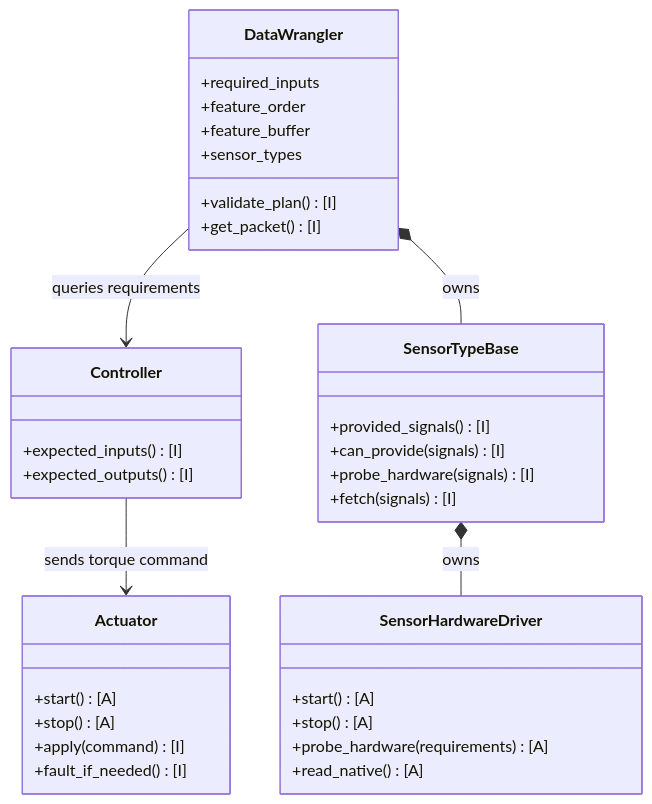
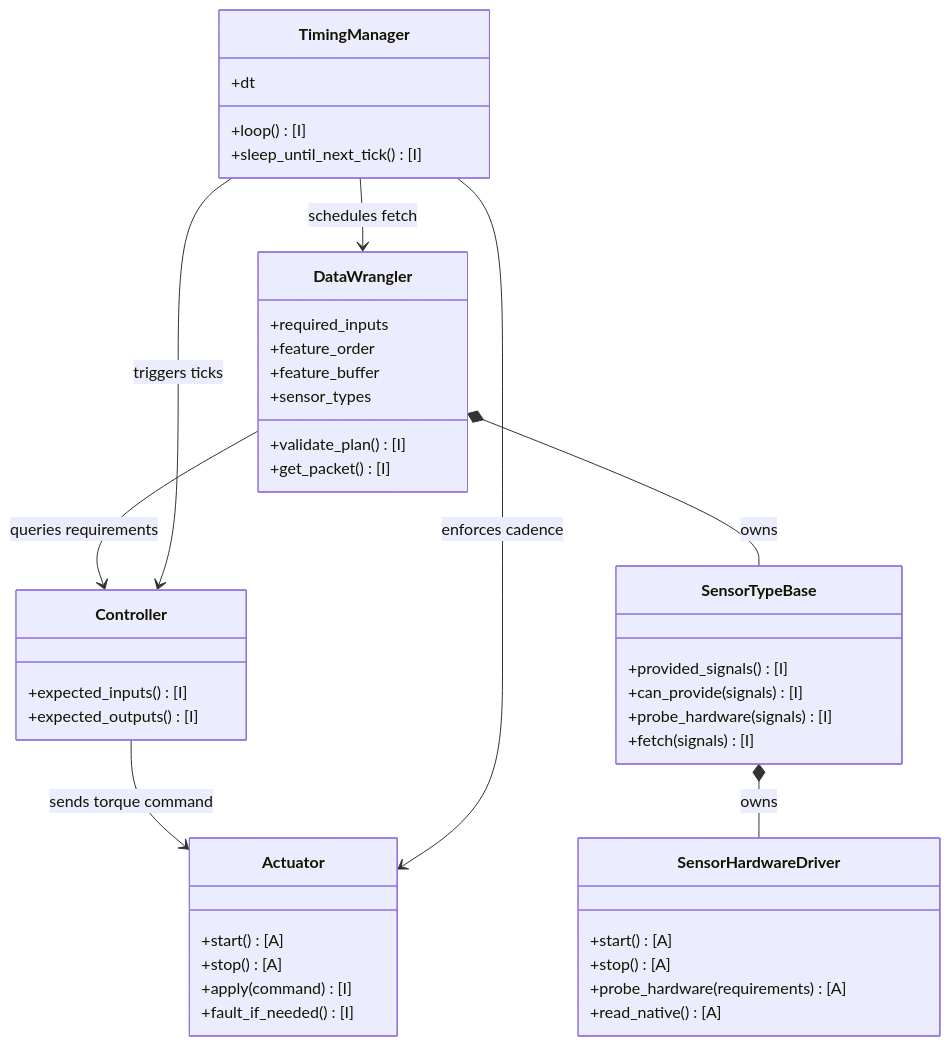
One commit to jmontp/raspberry-pi-controller-runtime changed the fourth of 7 diagrams in docs/architecture.md. Above: the diagram before and after it, drawn with Mermaid. The commit also changed other lines of this file, not shown here.

Commit message:
docs: document timing manager in architecture flow

````diff
--- a/docs/architecture.md
+++ b/docs/architecture.md
@@ -135,40 +136,48 @@
 ```mermaid
 classDiagram
 %% Legend: [A] abstract  [I] implemented
 
 class DataWrangler {
   +required_inputs
   +feature_order
   +feature_buffer
   +sensor_types
   +validate_plan() [I]
   +get_packet() [I]
 }
 class Controller {
   +expected_inputs()[I]
   +expected_outputs()[I]
 }
 class SensorTypeBase {
   +provided_signals()[I]
   +can_provide(signals)[I]
   +probe_hardware(signals)[I]
   +fetch(signals)[I]
 }
 class SensorHardwareDriver {
   +start() [A]
   +stop() [A]
   +probe_hardware(requirements)[A]
   +read_native()[A]
 }
 class Actuator {
   +start() [A]
   +stop() [A]
   +apply(command)[I]
   +fault_if_needed()[I]
 }
+class TimingManager {
+  +dt
+  +loop()[I]
+  +sleep_until_next_tick()[I]
+}
 
 DataWrangler --> Controller : queries requirements
 DataWrangler *-- SensorTypeBase : owns
 SensorTypeBase *-- SensorHardwareDriver : owns
 Controller --> Actuator : sends torque command
+TimingManager --> DataWrangler : schedules fetch
+TimingManager --> Controller : triggers ticks
+TimingManager --> Actuator : enforces cadence
 ```
````
